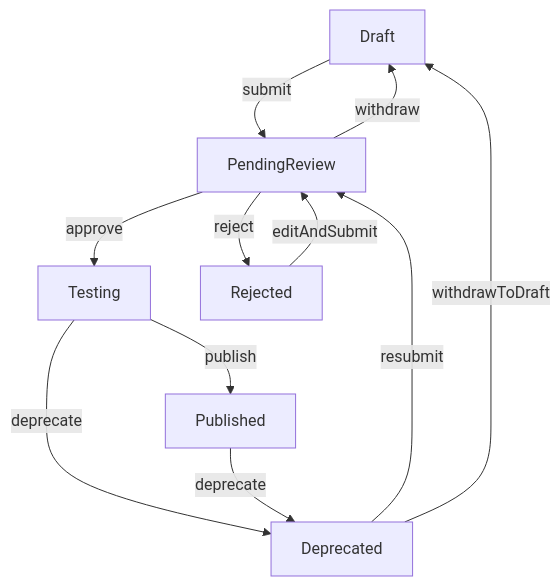
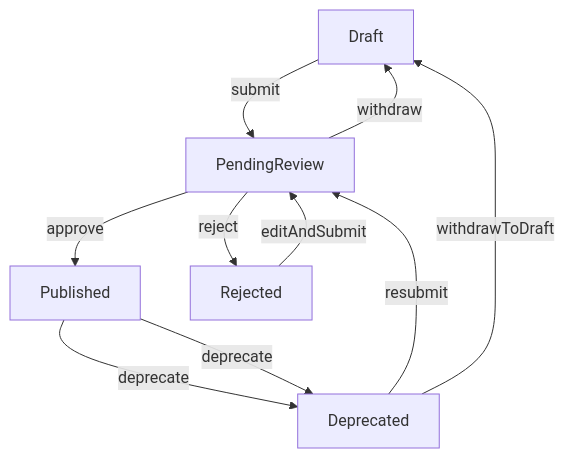
Before and after one commit to WangDiGua/LantuConnect-Frontend: the first of 3 diagrams in docs/ai-handoff-docs/resource-registration-authorization-invocation-guide.md, drawn with Mermaid. The commit also changed other lines of this file and 37 other files, not shown here.

Commit message:
feat(frontend): finalize resource registration and usage flows

````diff
--- a/docs/ai-handoff-docs/resource-registration-authorization-invocation-guide.md
+++ b/docs/ai-handoff-docs/resource-registration-authorization-invocation-guide.md
@@ -118,13 +118,12 @@
 ```mermaid
 flowchart TD
     draftState[Draft] -->|submit| pendingReview
-    pendingReview[PendingReview] -->|approve| testingState
+    pendingReview[PendingReview] -->|approve| publishedState
     pendingReview -->|reject| rejectedState
     pendingReview -->|withdraw| draftState
-    testingState[Testing] -->|publish| publishedState
-    testingState -->|deprecate| deprecatedState
+    publishedState -->|deprecate| deprecatedState
     publishedState[Published] -->|deprecate| deprecatedState
     rejectedState[Rejected] -->|editAndSubmit| pendingReview
     deprecatedState[Deprecated] -->|resubmit| pendingReview
     deprecatedState -->|withdrawToDraft| draftState
 ```
````
